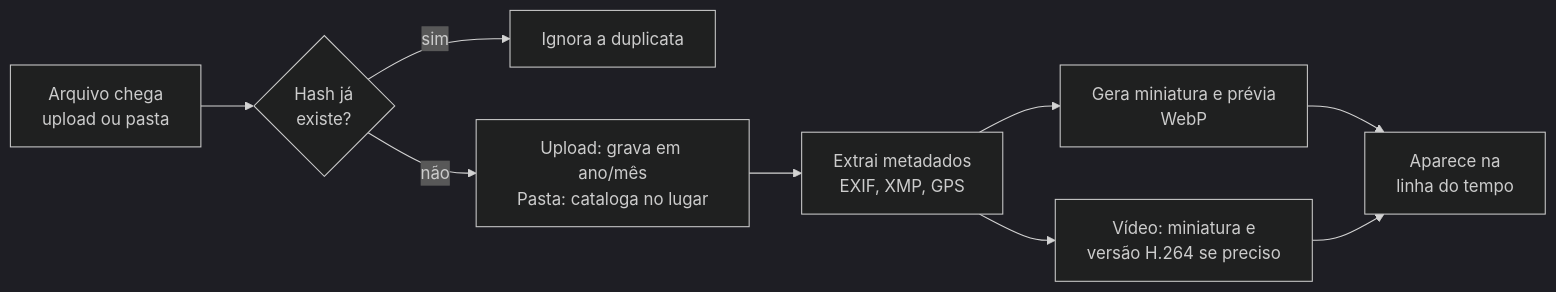
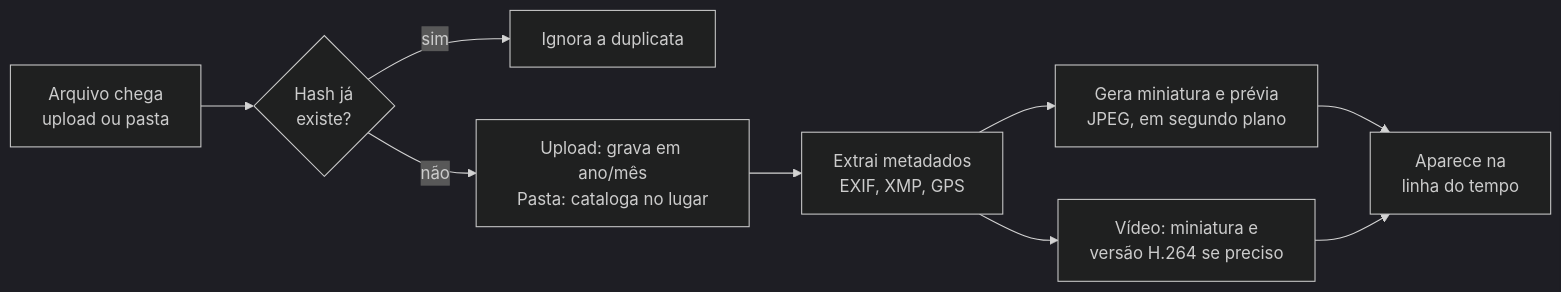
The second of 2 diagrams in vitral-backend/README.md (metalicarus/vitral), drawn with Mermaid (dark theme) before and after one commit. The commit also changed other lines of this file and 25 other files, not shown here.

````diff
--- a/vitral-backend/README.md
+++ b/vitral-backend/README.md
@@ -71,11 +71,11 @@
 ```mermaid
 flowchart LR
     entrada["Arquivo chega<br/>upload ou pasta"] --> hash{"Hash já<br/>existe?"}
     hash -->|sim| dup["Ignora a duplicata"]
     hash -->|não| grava["Upload: grava em ano/mês<br/>Pasta: cataloga no lugar"]
     grava --> meta["Extrai metadados<br/>EXIF, XMP, GPS"]
-    meta --> thumb["Gera miniatura e prévia<br/>WebP"]
+    meta --> thumb["Gera miniatura e prévia<br/>JPEG, em segundo plano"]
     meta --> video["Vídeo: miniatura e<br/>versão H.264 se preciso"]
     thumb --> pronto["Aparece na<br/>linha do tempo"]
     video --> pronto
 ```
````
